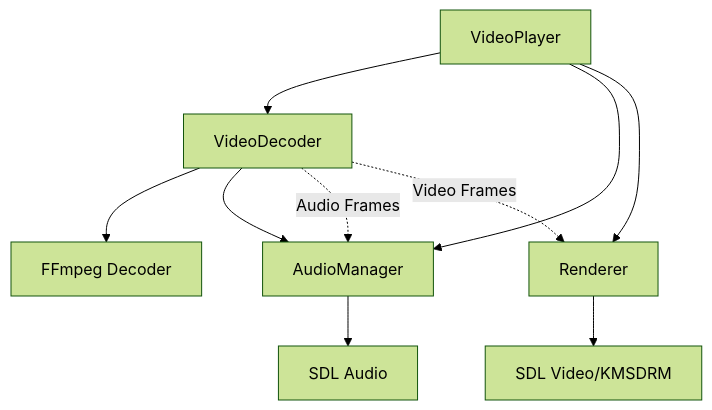
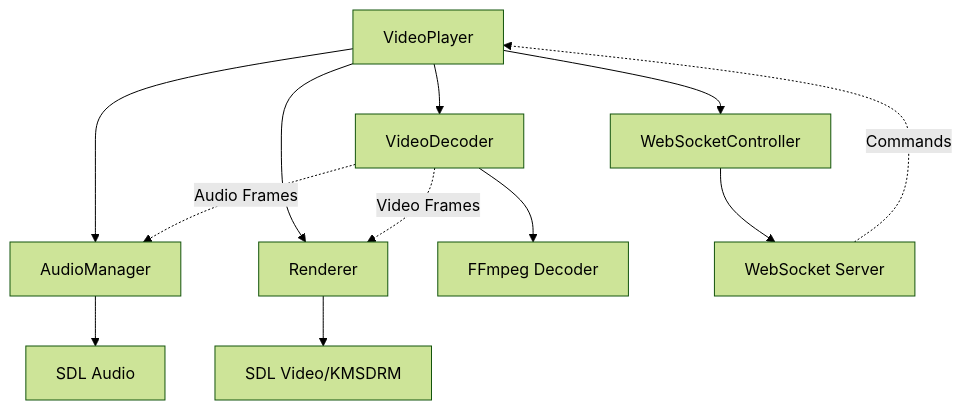
The first of 2 diagrams in README.md (benoitliard/video-player), drawn with Mermaid (forest theme) before and after one commit. The commit also changed other lines of this file and 1 other file, not shown here.

````diff
--- a/README.md
+++ b/README.md
@@ -8,12 +9,14 @@
 ```mermaid
 graph TD
     A[VideoPlayer] --> B[VideoDecoder]
     A --> C[AudioManager]
     A --> D[Renderer]
-    B --> E[FFmpeg Decoder]
-    C --> F[SDL Audio]
-    D --> G[SDL Video/KMSDRM]
-    B --> C
+    A --> E[WebSocketController]
+    B --> F[FFmpeg Decoder]
+    C --> G[SDL Audio]
+    D --> H[SDL Video/KMSDRM]
+    E --> I[WebSocket Server]
     B -.-> |Audio Frames| C
     B -.-> |Video Frames| D
+    I -.-> |Commands| A
 ```
````
